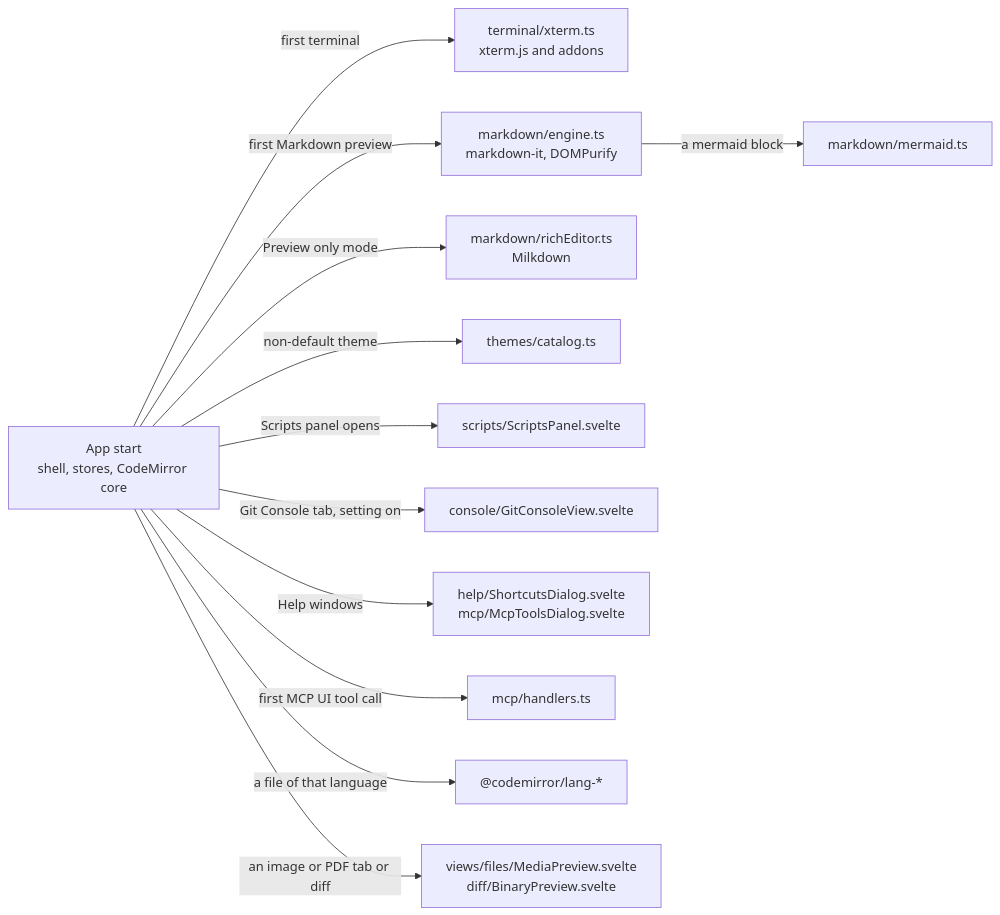
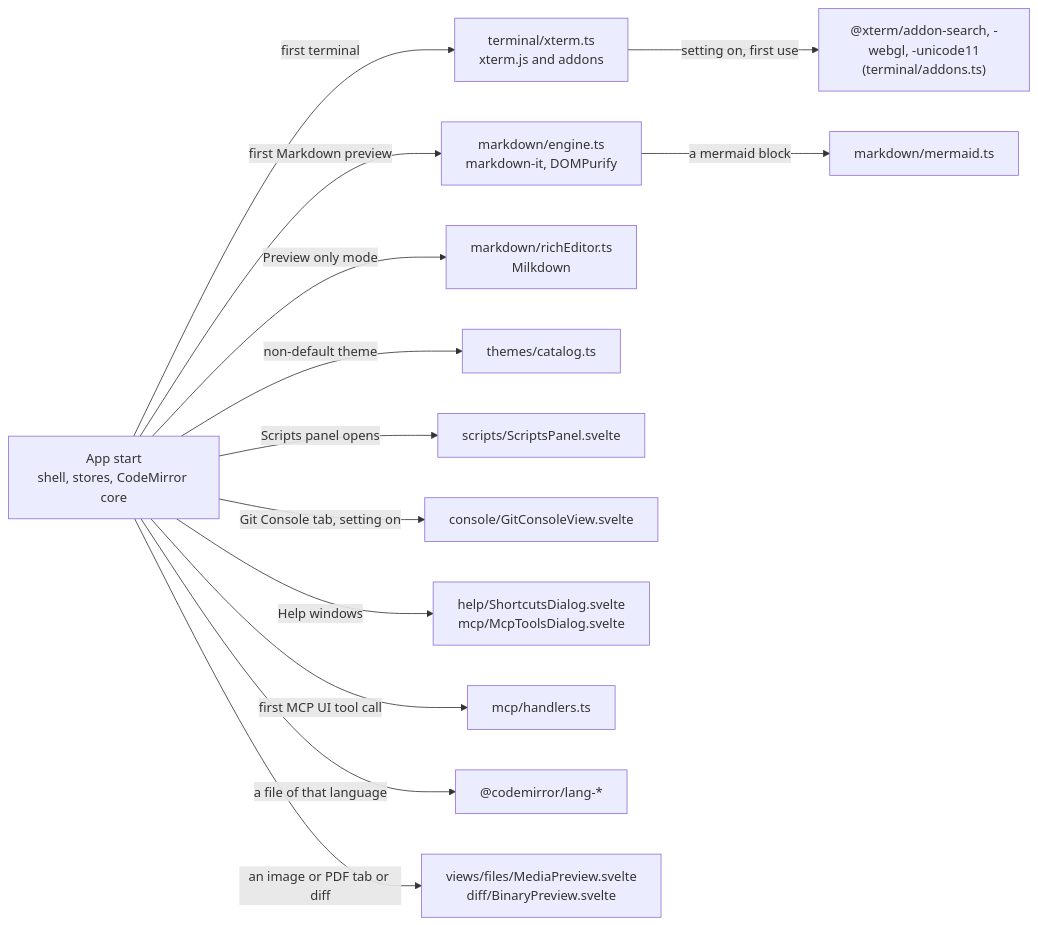
One commit to shibbirweb/git-manager changed the diagram in docs/wiki/developer/Frontend-Modules.md. Above: the diagram before and after it, drawn with Mermaid. The commit also changed 55 other files, not shown here.

````diff
--- a/docs/wiki/developer/Frontend-Modules.md
+++ b/docs/wiki/developer/Frontend-Modules.md
@@ -16,14 +16,15 @@
 ```mermaid
 flowchart LR
   App["App start<br/>shell, stores, CodeMirror core"] -->|"first terminal"| Xterm["terminal/xterm.ts<br/>xterm.js and addons"]
+  Xterm -->|"setting on, first use"| Addons["@xterm/addon-search, -webgl, -unicode11<br/>(terminal/addons.ts)"]
   App -->|"first Markdown preview"| Md["markdown/engine.ts<br/>markdown-it, DOMPurify"]
   Md -->|"a mermaid block"| Mermaid["markdown/mermaid.ts"]
   App -->|"Preview only mode"| Rich["markdown/richEditor.ts<br/>Milkdown"]
   App -->|"non-default theme"| Catalog["themes/catalog.ts"]
   App -->|"Scripts panel opens"| Scripts["scripts/ScriptsPanel.svelte"]
   App -->|"Git Console tab, setting on"| Console["console/GitConsoleView.svelte"]
   App -->|"Help windows"| Help["help/ShortcutsDialog.svelte<br/>mcp/McpToolsDialog.svelte"]
   App -->|"first MCP UI tool call"| Handlers["mcp/handlers.ts"]
   App -->|"a file of that language"| Lang["@codemirror/lang-*"]
   App -->|"an image or PDF tab or diff"| Media["views/files/MediaPreview.svelte<br/>diff/BinaryPreview.svelte"]
 ```
````
